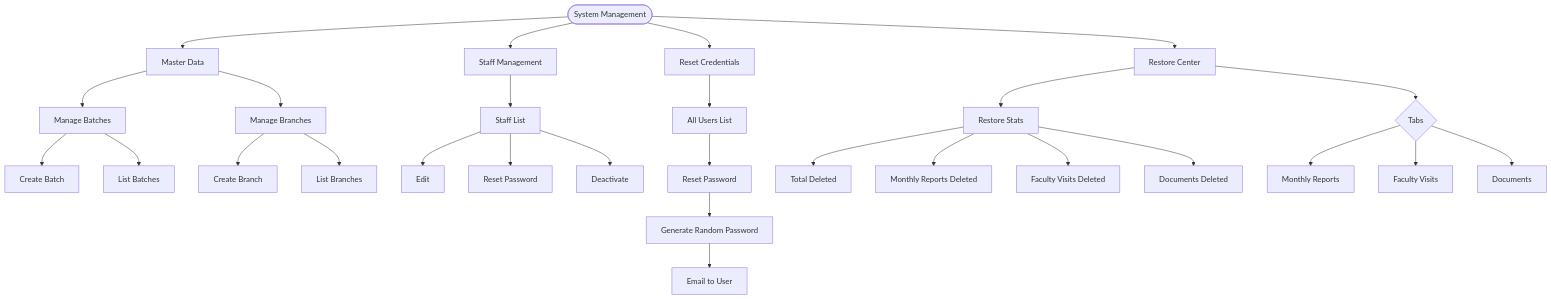
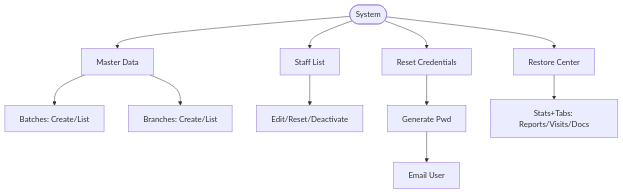
One commit to gunjangupta-gh/placeintern changed diagram 13 of 58 in INTERNSHIP_PORTAL_FLOW_DIAGRAMS.md. Above: the diagram before and after it, drawn with Mermaid. The commit also changed other lines of this file and 6 other files, not shown here.

````diff
--- a/INTERNSHIP_PORTAL_FLOW_DIAGRAMS.md
+++ b/INTERNSHIP_PORTAL_FLOW_DIAGRAMS.md
@@ -420,37 +203,9 @@
 ```mermaid
 flowchart TD
-    SYSTEM([System Management]) --> MASTER[Master Data]
-    SYSTEM --> STAFF[Staff Management]
-    SYSTEM --> CREDS[Reset Credentials]
-    SYSTEM --> RESTORE[Restore Center]
-
-    MASTER --> BATCHES[Manage Batches]
-    MASTER --> BRANCHES[Manage Branches]
-
-    BATCHES --> CREATE_BATCH[Create Batch]
-    BATCHES --> LIST_BATCH[List Batches]
-
-    BRANCHES --> CREATE_BRANCH[Create Branch]
-    BRANCHES --> LIST_BRANCH[List Branches]
-
-    STAFF --> STAFF_LIST[Staff List]
-    STAFF_LIST --> EDIT_STAFF[Edit]
-    STAFF_LIST --> RESET_STAFF[Reset Password]
-    STAFF_LIST --> DEACT_STAFF[Deactivate]
-
-    CREDS --> USER_LIST[All Users List]
-    USER_LIST --> RESET_ACTION[Reset Password]
-    RESET_ACTION --> GENERATE[Generate Random Password]
-    GENERATE --> EMAIL_NOTIFY[Email to User]
-
-    RESTORE --> RESTORE_STATS[Restore Stats]
-    RESTORE_STATS --> TOTAL_DEL[Total Deleted]
-    RESTORE_STATS --> REPORTS_DEL[Monthly Reports Deleted]
-    RESTORE_STATS --> VISITS_DEL[Faculty Visits Deleted]
-    RESTORE_STATS --> DOCS_DEL[Documents Deleted]
-
-    RESTORE --> RESTORE_TABS{Tabs}
-    RESTORE_TABS --> TAB_REPORTS[Monthly Reports]
-    RESTORE_TABS --> TAB_VISITS[Faculty Visits]
-    RESTORE_TABS --> TAB_DOCS[Documents]
+    A([System])-->B[Master Data]
+    B-->C[Batches: Create/List]
+    B-->D[Branches: Create/List]
+    A-->E[Staff List]-->F[Edit/Reset/Deactivate]
+    A-->G[Reset Credentials]-->H[Generate Pwd]-->I[Email User]
+    A-->J[Restore Center]-->K[Stats+Tabs: Reports/Visits/Docs]
 ```
````
